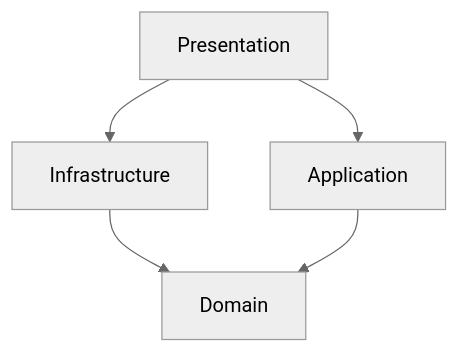
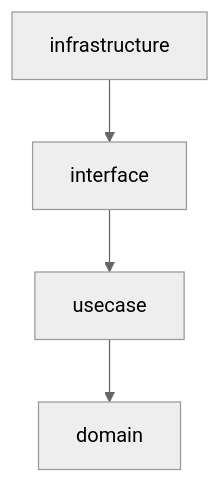
Before and after one commit to kazuhe/gitmemo: the diagram in README.md, drawn with Mermaid (neutral theme). The commit also changed other lines of this file and 45 other files, not shown here.

````diff
--- a/README.md
+++ b/README.md
@@ -9,7 +22,6 @@
 ```mermaid
 flowchart TD
-    Presentation --> Application
-    Presentation --> Infrastructure
-    Infrastructure --> Domain
-    Application --> Domain
+    infrastructure --> interface
+    interface --> usecase
+    usecase --> domain
 ```
````
